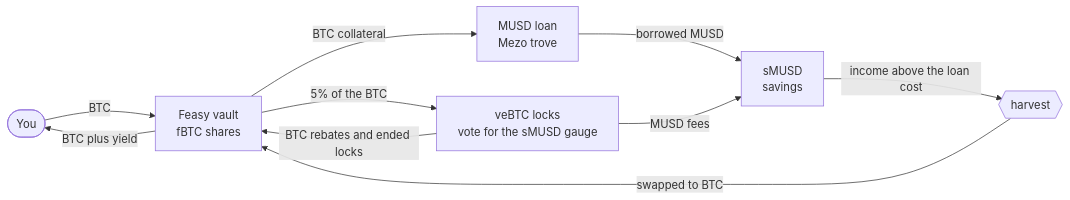
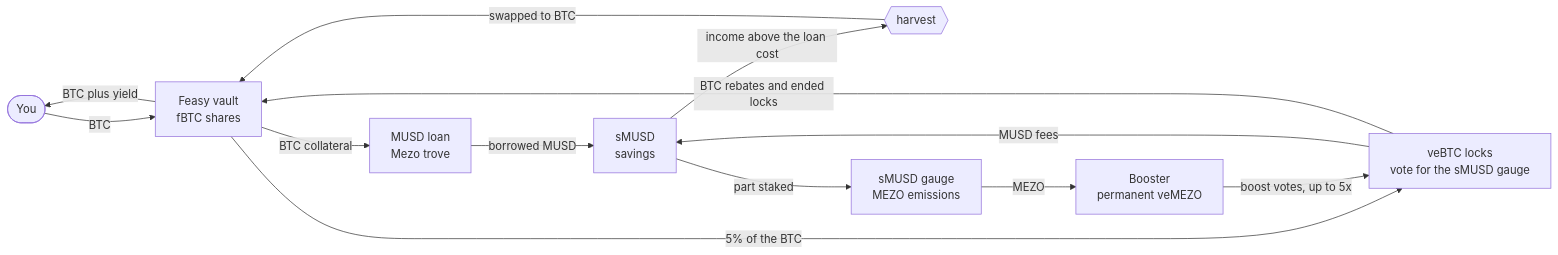
The first of 3 diagrams in README.md (oynozan/feasy), drawn with Mermaid before and after one commit. The commit also changed other lines of this file and 11 other files, not shown here.

````diff
--- a/README.md
+++ b/README.md
@@ -15,12 +15,15 @@
 ```mermaid
 flowchart LR
     U([You]) -- BTC --> V["Feasy vault<br/>fBTC shares"]
     V -- "BTC collateral" --> T["MUSD loan<br/>Mezo trove"]
     T -- "borrowed MUSD" --> S["sMUSD<br/>savings"]
     S -- "income above the loan cost" --> H{{harvest}}
     H -- "swapped to BTC" --> V
     V -- "5% of the BTC" --> L["veBTC locks<br/>vote for the sMUSD gauge"]
     L -- "MUSD fees" --> S
     L -- "BTC rebates and ended locks" --> V
+    S -- "part staked" --> G["sMUSD gauge<br/>MEZO emissions"]
+    G -- "MEZO" --> B["Booster<br/>permanent veMEZO"]
+    B -- "boost votes, up to 5x" --> L
     V -- "BTC plus yield" --> U
 ```
````
